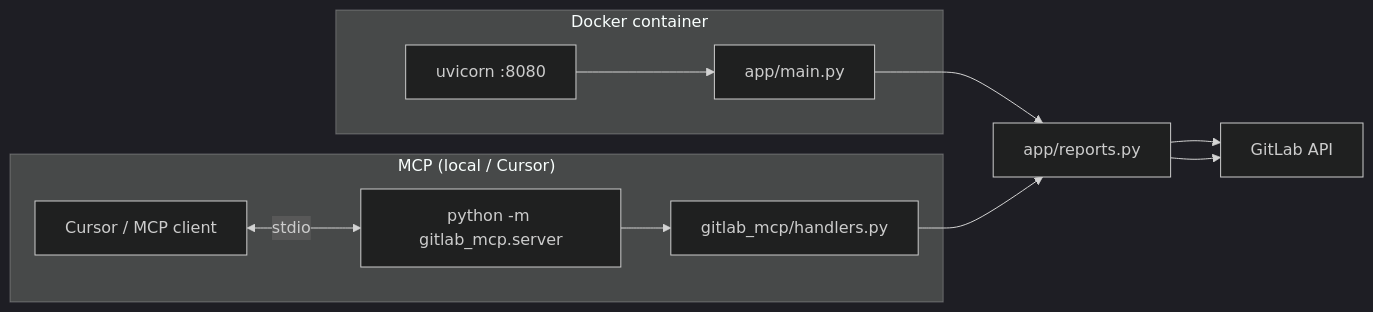
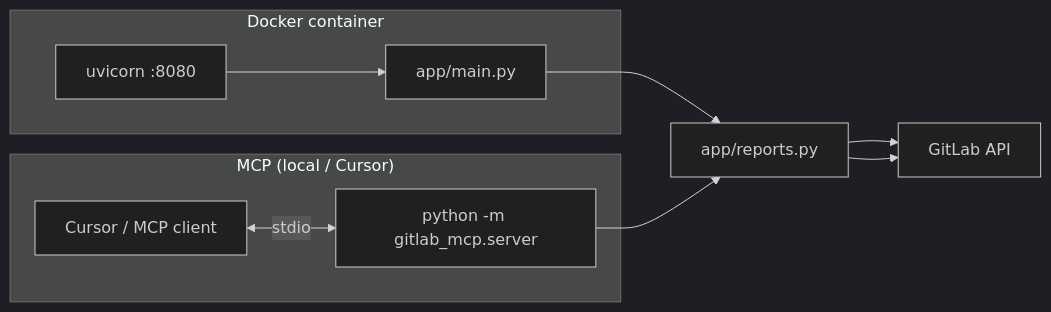
Before and after one commit to tziyon31/gitlab-yearly-report-service: the diagram in README.md, drawn with Mermaid (dark theme). The commit also changed other lines of this file and 6 other files, not shown here.

````diff
--- a/README.md
+++ b/README.md
@@ -255,16 +254,15 @@
 ```mermaid
 flowchart LR
   subgraph docker["Docker container"]
     Uvicorn["uvicorn :8080"]
     Main["app/main.py"]
   end
   subgraph mcp_path["MCP (local / Cursor)"]
     Cursor["Cursor / MCP client"]
     MCPSrv["python -m gitlab_mcp.server"]
-    Handlers["gitlab_mcp/handlers.py"]
   end
   Reports["app/reports.py"]
   GitLab["GitLab API"]
   Uvicorn --> Main --> Reports --> GitLab
-  Cursor <-->|stdio| MCPSrv --> Handlers --> Reports --> GitLab
+  Cursor <-->|stdio| MCPSrv --> Reports --> GitLab
 ```
````
